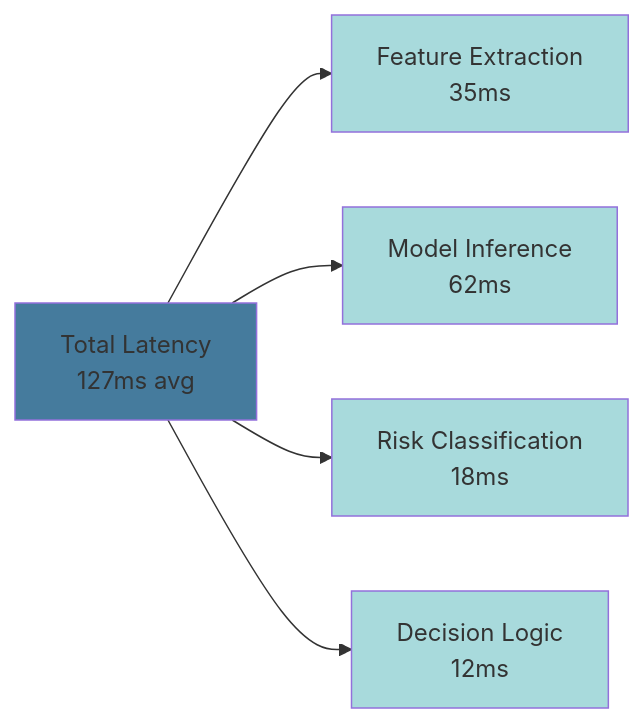
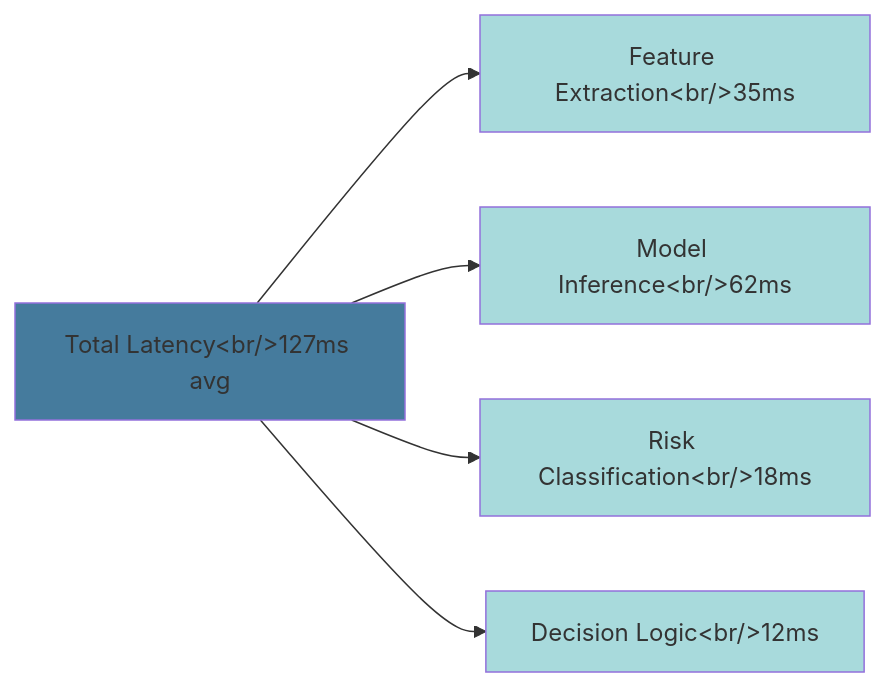
One commit to anubhab-codes/eigenbytes-site changed the seventh of 10 diagrams in docs/publications/technical-papers/continuous-authentication/07 results-performance-analysis.md. Above: the diagram before and after it, drawn with Mermaid. The commit also changed other lines of this file, not shown here.

````diff
--- a/docs/publications/technical-papers/continuous-authentication/07 results-performance-analysis.md
+++ b/docs/publications/technical-papers/continuous-authentication/07 results-performance-analysis.md
@@ -392,13 +392,13 @@
 ```mermaid
 graph LR
-    A[Total Latency<br/>127ms avg] --> B[Feature Extraction<br/>35ms]
-    A --> C[Model Inference<br/>62ms]
-    A --> D[Risk Classification<br/>18ms]
-    A --> E[Decision Logic<br/>12ms]
+    A[Total Latency&lt;br/>127ms avg] --> B[Feature Extraction&lt;br/>35ms]
+    A --> C[Model Inference&lt;br/>62ms]
+    A --> D[Risk Classification&lt;br/>18ms]
+    A --> E[Decision Logic&lt;br/>12ms]
     
     style A fill:#457b9d
     style B fill:#a8dadc
     style C fill:#a8dadc
     style D fill:#a8dadc
     style E fill:#a8dadc
 ```
````
